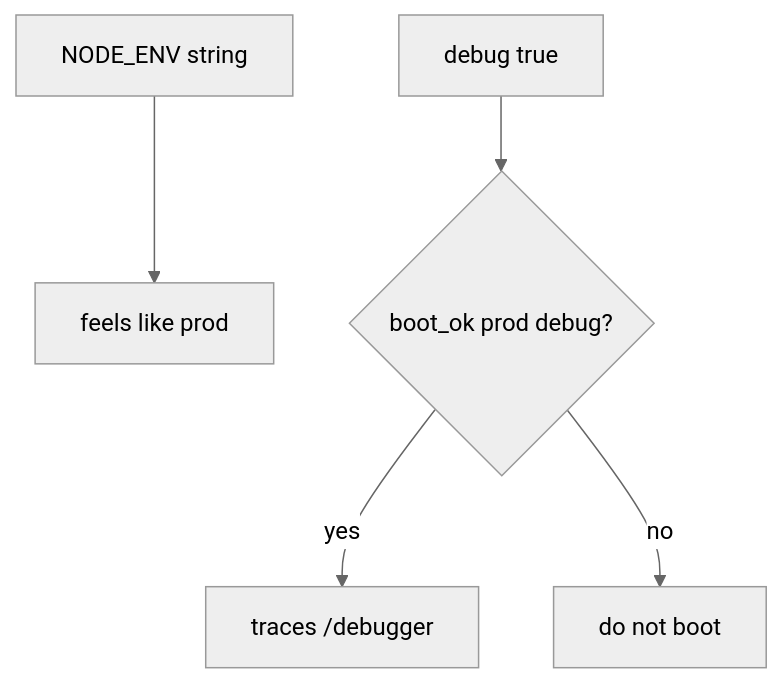
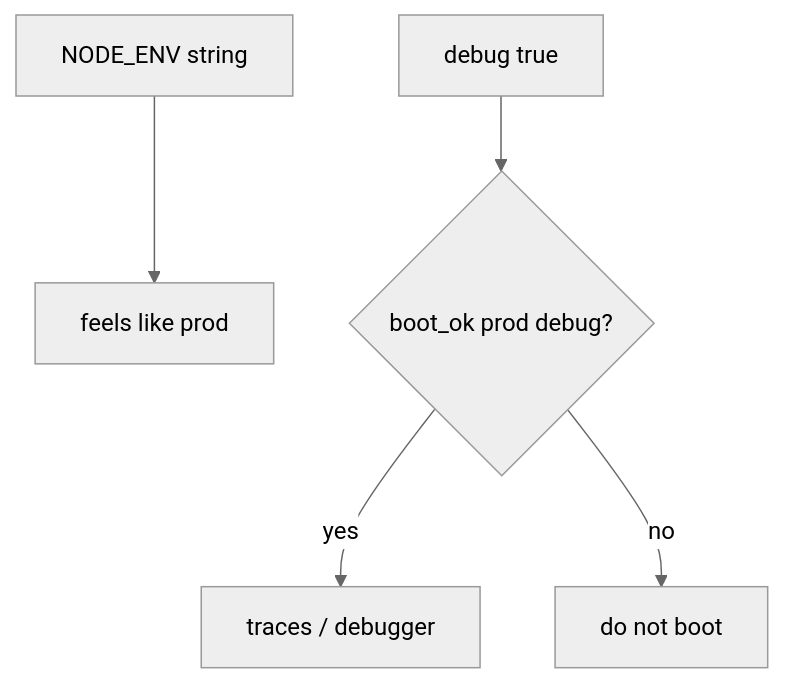
One commit to ishitvagoel/LearnSecurity changed the first of 2 diagrams in content/modules/10/10.4/lessons/01-property.md. Above: the diagram before and after it, drawn with Mermaid (neutral theme). The commit also changed other lines of this file and 39 other files, not shown here.

````diff
--- a/content/modules/10/10.4/lessons/01-property.md
+++ b/content/modules/10/10.4/lessons/01-property.md
@@ -19,7 +18,7 @@
 ```mermaid
 flowchart TD
   Name[NODE_ENV string] --> Belief[feels like prod]
   Flag[debug true] --> Pred{"boot_ok prod debug?"}
-  Pred -->|yes| Leak["traces /debugger"]
+  Pred -->|yes| Leak["traces / debugger"]
   Pred -->|no| Deny[do not boot]
 ```
````
